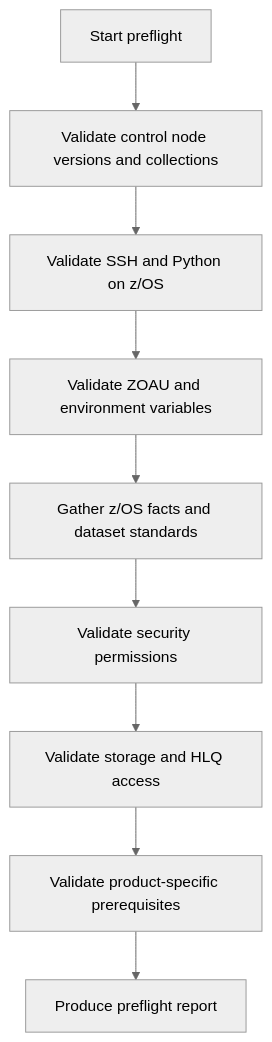
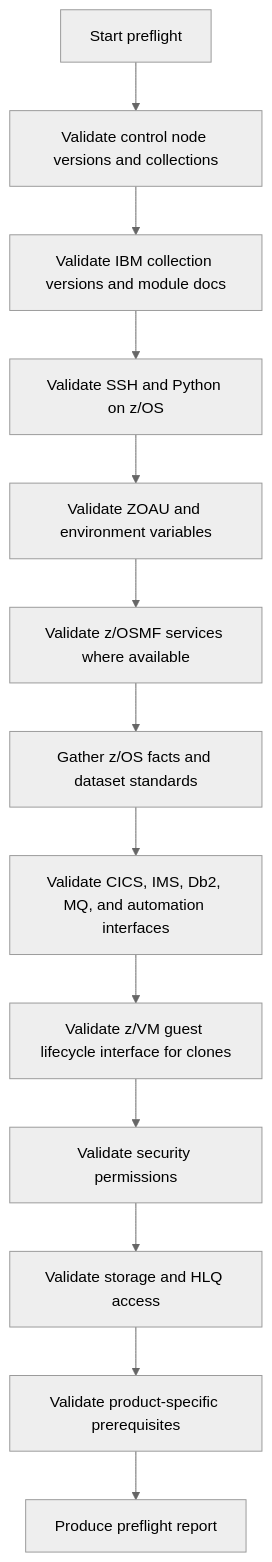
Before and after one commit to tboatman/zos-provision: the diagram in docs/diagrams/preflight-flow.mmd, drawn with Mermaid (neutral theme). The commit also changed 6 other files, not shown here.

```diff
--- a/docs/diagrams/preflight-flow.mmd
+++ b/docs/diagrams/preflight-flow.mmd
@@ -1,9 +1,13 @@
 flowchart TD
     A["Start preflight"] --> B["Validate control node versions and collections"]
-    B --> C["Validate SSH and Python on z/OS"]
-    C --> D["Validate ZOAU and environment variables"]
-    D --> E["Gather z/OS facts and dataset standards"]
-    E --> F["Validate security permissions"]
-    F --> G["Validate storage and HLQ access"]
-    G --> H["Validate product-specific prerequisites"]
-    H --> I["Produce preflight report"]
+    B --> C["Validate IBM collection versions and module docs"]
+    C --> D["Validate SSH and Python on z/OS"]
+    D --> E["Validate ZOAU and environment variables"]
+    E --> F["Validate z/OSMF services where available"]
+    F --> G["Gather z/OS facts and dataset standards"]
+    G --> H["Validate CICS, IMS, Db2, MQ, and automation interfaces"]
+    H --> I["Validate z/VM guest lifecycle interface for clones"]
+    I --> J["Validate security permissions"]
+    J --> K["Validate storage and HLQ access"]
+    K --> L["Validate product-specific prerequisites"]
+    L --> M["Produce preflight report"]
```
